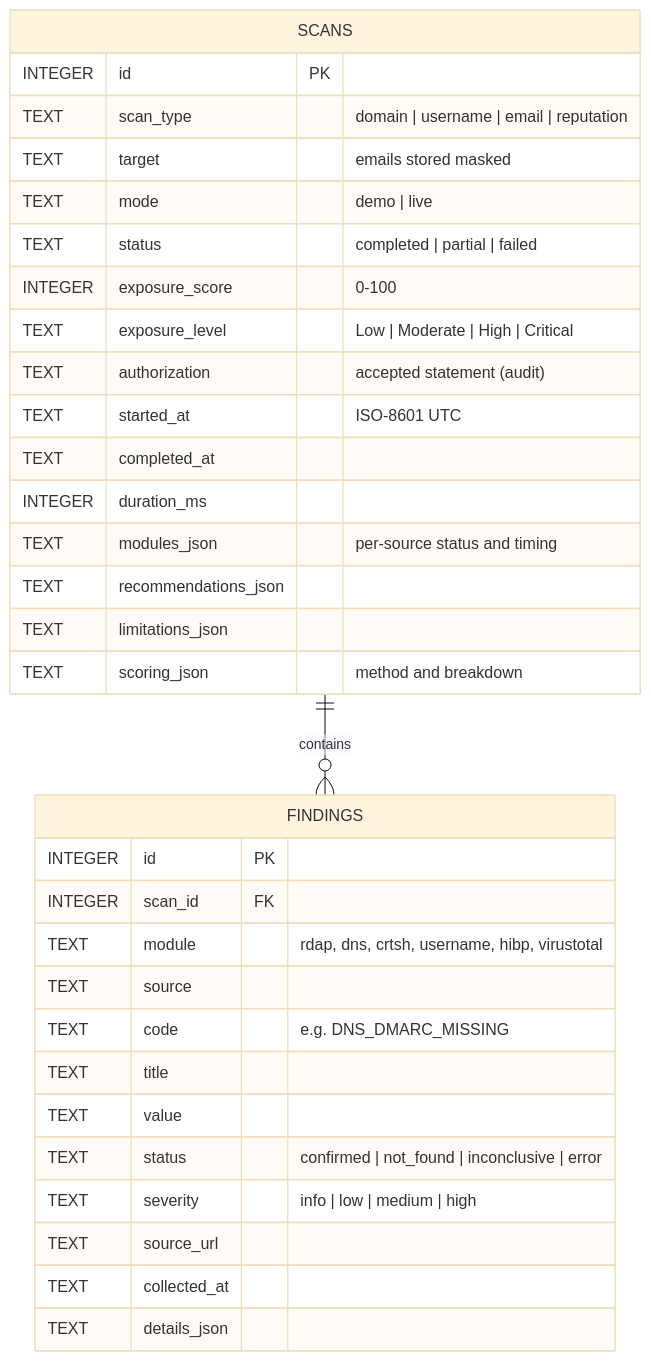
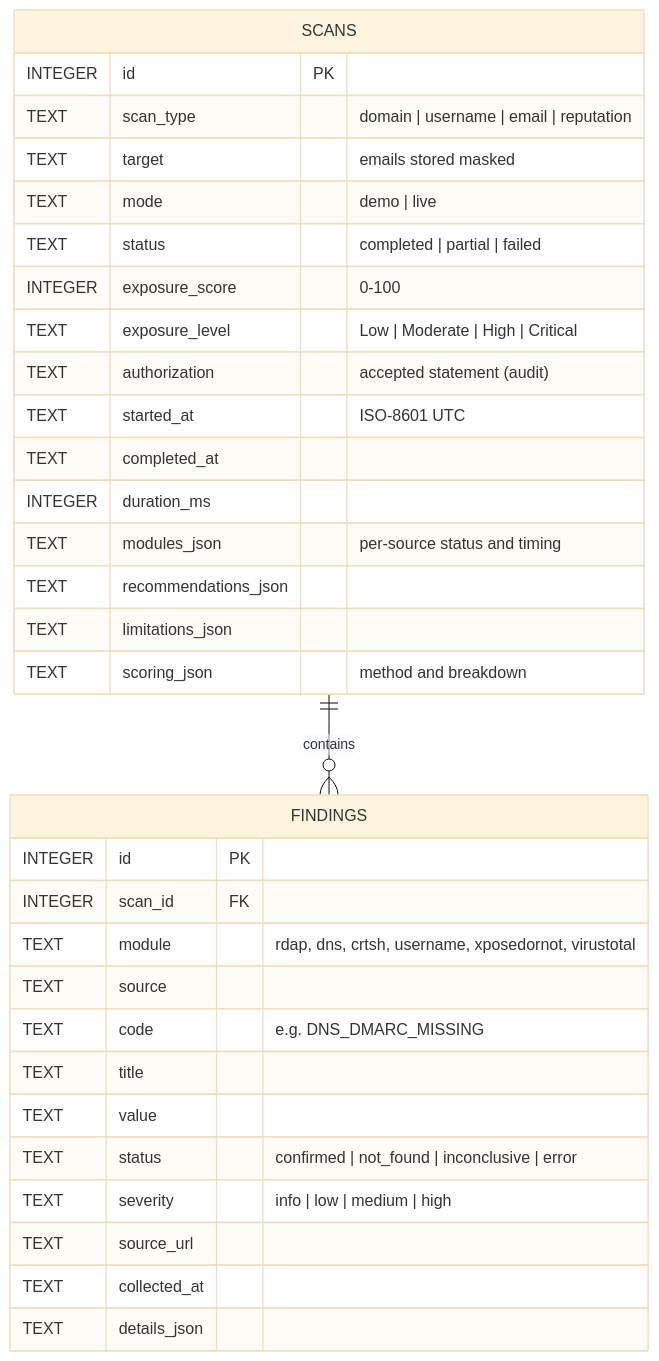
The sixth of 7 diagrams in docs/ARCHITECTURE.md (aryann314/ReconLens), drawn with Mermaid (base theme) before and after one commit. The commit also changed other lines of this file, not shown here.

Commit message:
Update XposedOrNot architecture diagrams

````diff
--- a/docs/ARCHITECTURE.md
+++ b/docs/ARCHITECTURE.md
@@ -174,35 +174,35 @@
 ```mermaid
 erDiagram
     SCANS ||--o{ FINDINGS : contains
     SCANS {
         INTEGER id PK
         TEXT scan_type "domain | username | email | reputation"
         TEXT target "emails stored masked"
         TEXT mode "demo | live"
         TEXT status "completed | partial | failed"
         INTEGER exposure_score "0-100"
         TEXT exposure_level "Low | Moderate | High | Critical"
         TEXT authorization "accepted statement (audit)"
         TEXT started_at "ISO-8601 UTC"
         TEXT completed_at
         INTEGER duration_ms
         TEXT modules_json "per-source status and timing"
         TEXT recommendations_json
         TEXT limitations_json
         TEXT scoring_json "method and breakdown"
     }
     FINDINGS {
         INTEGER id PK
         INTEGER scan_id FK
-        TEXT module "rdap, dns, crtsh, username, hibp, virustotal"
+        TEXT module "rdap, dns, crtsh, username, xposedornot, virustotal"
         TEXT source
         TEXT code "e.g. DNS_DMARC_MISSING"
         TEXT title
         TEXT value
         TEXT status "confirmed | not_found | inconclusive | error"
         TEXT severity "info | low | medium | high"
         TEXT source_url
         TEXT collected_at
         TEXT details_json
     }
 ```
````
